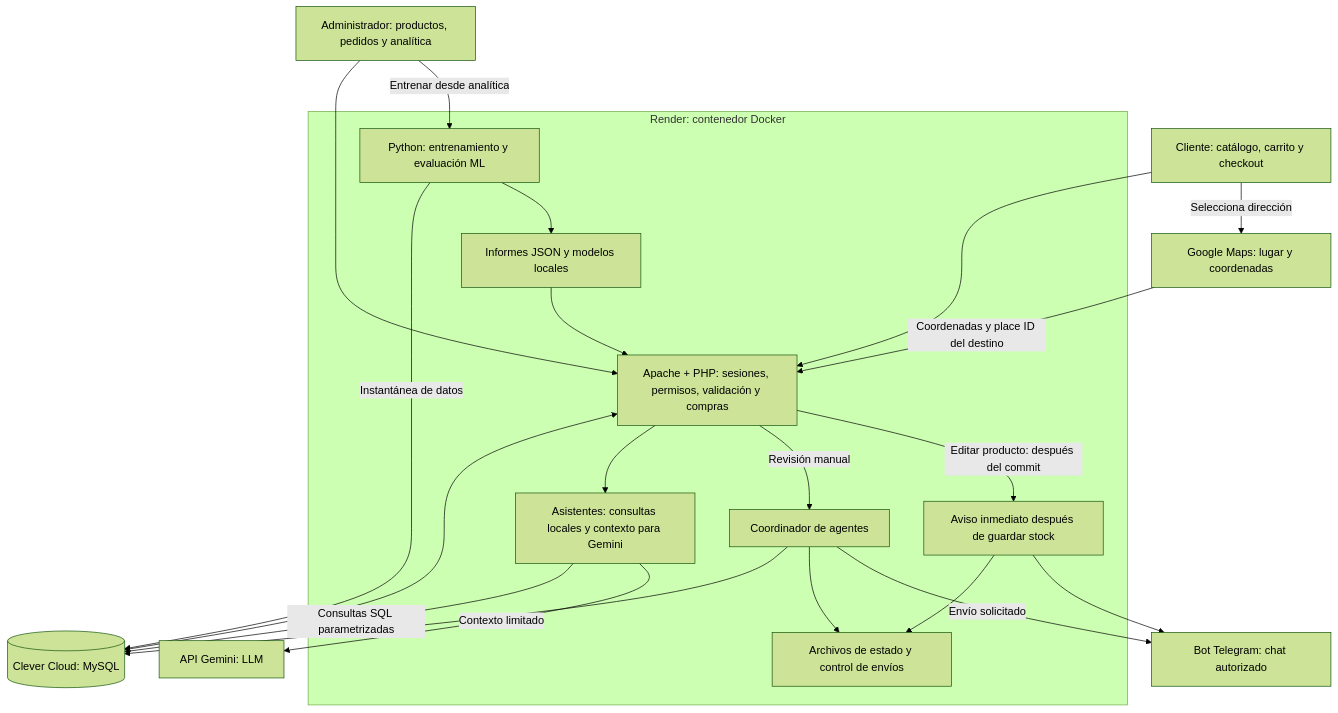
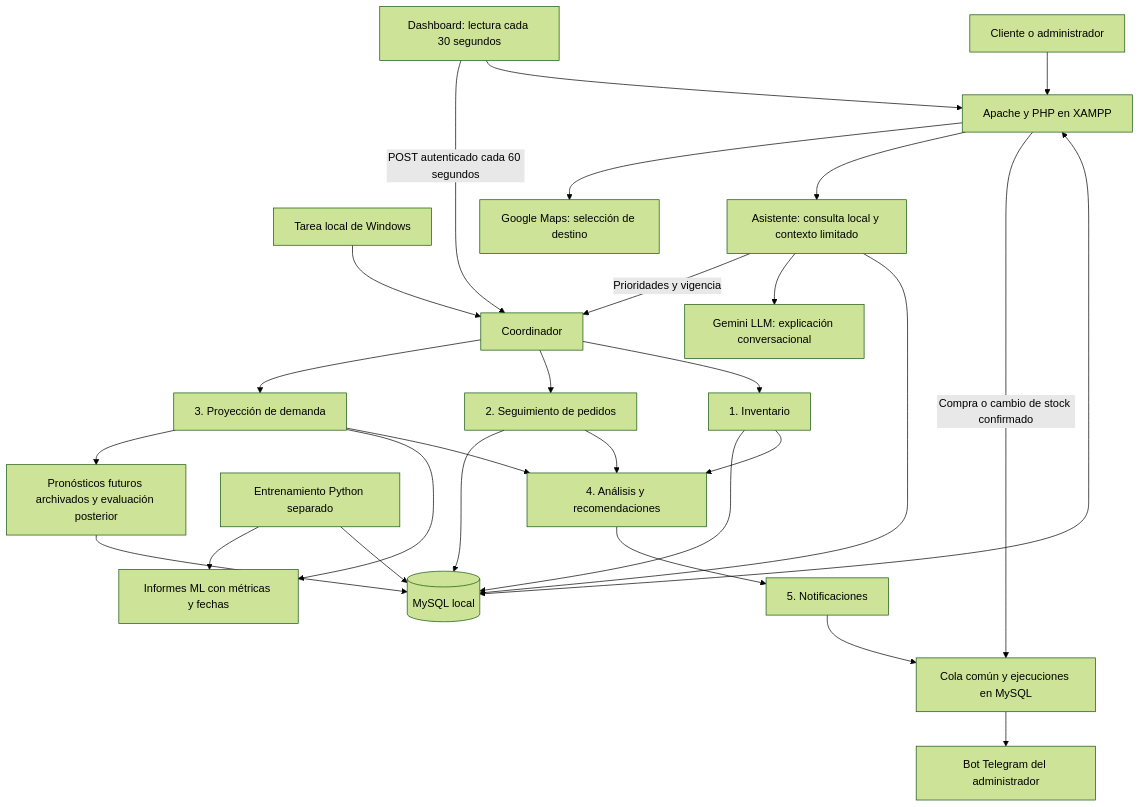
One commit to APF-07/tienda_tecnologica changed the diagram in docs/ARQUITECTURA.md. Above: the diagram before and after it, drawn with Mermaid (forest theme). The commit also changed other lines of this file and 138 other files, not shown here.

````diff
--- a/docs/ARQUITECTURA.md
+++ b/docs/ARQUITECTURA.md
@@ -5,37 +5,30 @@
 ```mermaid
 flowchart TB
-    Cliente[Cliente: catálogo, carrito y checkout]
-    Admin[Administrador: productos, pedidos y analítica]
-    subgraph Render[Render: contenedor Docker]
-        PHP[Apache + PHP: sesiones, permisos, validación y compras]
-        Chat[Asistentes: consultas locales y contexto para Gemini]
-        Python[Python: entrenamiento y evaluación ML]
-        Reportes[Informes JSON y modelos locales]
-        Agentes[Coordinador de agentes]
-        Guardado[Aviso inmediato después de guardar stock]
-        Estado[Archivos de estado y control de envíos]
-    end
-    DB[(Clever Cloud: MySQL)]
-    Gemini[API Gemini: LLM]
-    Telegram[Bot Telegram: chat autorizado]
-    Maps[Google Maps: lugar y coordenadas]
-    Cliente --> PHP
-    Admin --> PHP
-    PHP <--> DB
-    PHP --> Chat
-    Chat -->|Consultas SQL parametrizadas| DB
-    Chat -->|Contexto limitado| Gemini
-    Admin -->|Entrenar desde analítica| Python
-    Python -->|Instantánea de datos| DB
-    Python --> Reportes
-    Reportes --> PHP
-    PHP -->|Revisión manual| Agentes
-    Agentes --> DB
-    Agentes --> Estado
-    PHP -->|Editar producto: después del commit| Guardado
-    Guardado --> Estado
-    Guardado --> Telegram
-    Agentes -->|Envío solicitado| Telegram
-    Cliente -->|Selecciona dirección| Maps
-    Maps -->|Coordenadas y place ID del destino| PHP
+    Usuario[Cliente o administrador] --> PHP[Apache y PHP en XAMPP]
+    PHP <--> DB[(MySQL local)]
+    Dashboard[Dashboard: lectura cada 30 segundos] --> PHP
+    Dashboard -->|POST autenticado cada 60 segundos| C[Coordinador]
+    Tarea[Tarea local de Windows] --> C
+    C --> I[1. Inventario]
+    C --> S[2. Seguimiento de pedidos]
+    C --> P[3. Proyección de demanda]
+    I --> A[4. Análisis y recomendaciones]
+    S --> A
+    P --> A
+    A --> N[5. Notificaciones]
+    I --> DB
+    S --> DB
+    P --> Informes[Informes ML con métricas y fechas]
+    N --> Cola[Cola común y ejecuciones en MySQL]
+    PHP -->|Compra o cambio de stock confirmado| Cola
+    Cola --> Telegram[Bot Telegram del administrador]
+    Entrenar[Entrenamiento Python separado] --> DB
+    Entrenar --> Informes
+    P --> Historial[Pronósticos futuros archivados y evaluación posterior]
+    Historial --> DB
+    PHP --> Chat[Asistente: consulta local y contexto limitado]
+    Chat --> DB
+    Chat --> Gemini[Gemini LLM: explicación conversacional]
+    Chat -->|Prioridades y vigencia| C
+    PHP --> Maps[Google Maps: selección de destino]
 ```
````
